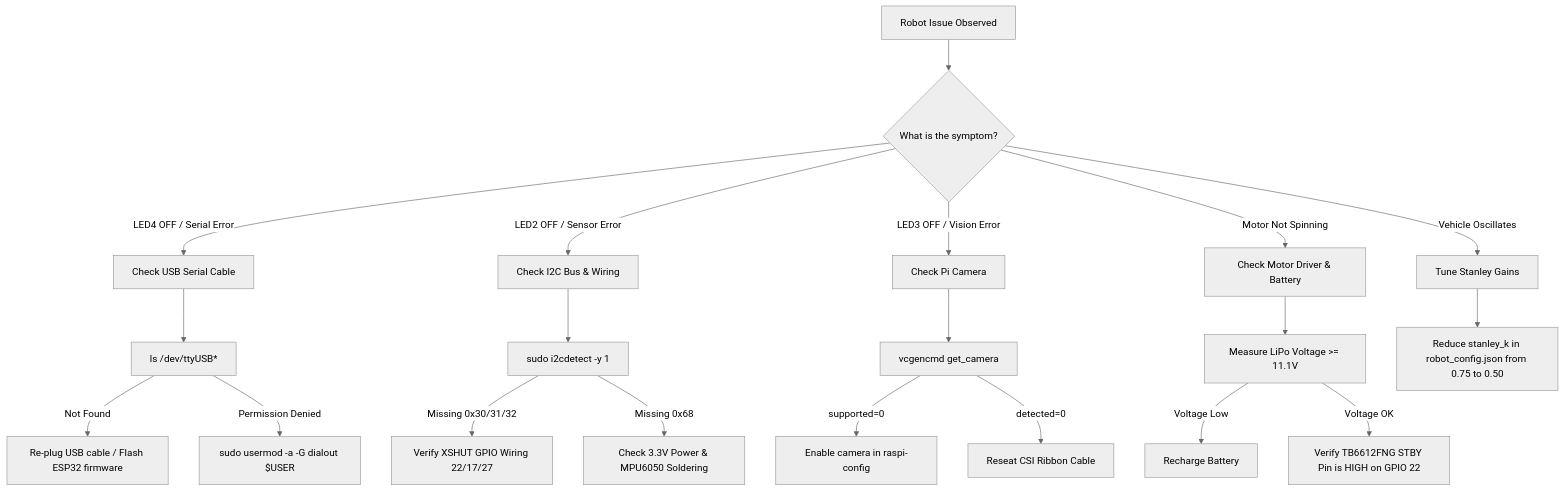
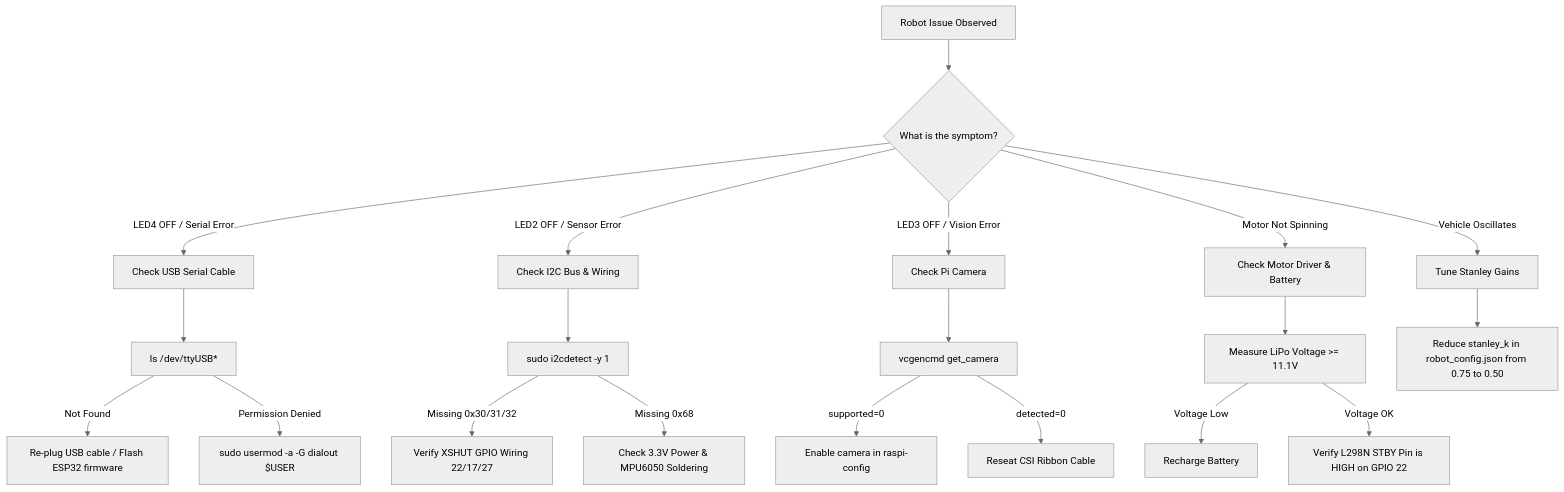
One commit to SHRUT6633/car changed the second of 2 diagrams in docs/05_reproducibility.md. Above: the diagram before and after it, drawn with Mermaid (neutral theme). The commit also changed other lines of this file and 5 other files, not shown here.

````diff
--- a/docs/05_reproducibility.md
+++ b/docs/05_reproducibility.md
@@ -436,27 +440,27 @@
 ```mermaid
 flowchart TD
     A[Robot Issue Observed] --> B{What is the symptom?}
     
     B -->|LED4 OFF / Serial Error| C[Check USB Serial Cable]
     C --> C1[ls /dev/ttyUSB*]
     C1 -->|Not Found| C2[Re-plug USB cable / Flash ESP32 firmware]
     C1 -->|Permission Denied| C3[sudo usermod -a -G dialout $USER]
 
     B -->|LED2 OFF / Sensor Error| D[Check I2C Bus & Wiring]
     D --> D1[sudo i2cdetect -y 1]
     D1 -->|Missing 0x30/31/32| D2[Verify XSHUT GPIO Wiring 22/17/27]
     D1 -->|Missing 0x68| D3[Check 3.3V Power & MPU6050 Soldering]
 
     B -->|LED3 OFF / Vision Error| E[Check Pi Camera]
     E --> E1[vcgencmd get_camera]
     E1 -->|supported=0| E2[Enable camera in raspi-config]
     E1 -->|detected=0| E3[Reseat CSI Ribbon Cable]
 
     B -->|Motor Not Spinning| F[Check Motor Driver & Battery]
     F --> F1[Measure LiPo Voltage >= 11.1V]
     F1 -->|Voltage Low| F2[Recharge Battery]
-    F1 -->|Voltage OK| F3[Verify TB6612FNG STBY Pin is HIGH on GPIO 22]
+    F1 -->|Voltage OK| F3[Verify L298N STBY Pin is HIGH on GPIO 22]
 
     B -->|Vehicle Oscillates| G[Tune Stanley Gains]
     G --> G1[Reduce stanley_k in robot_config.json from 0.75 to 0.50]
 ```
````
